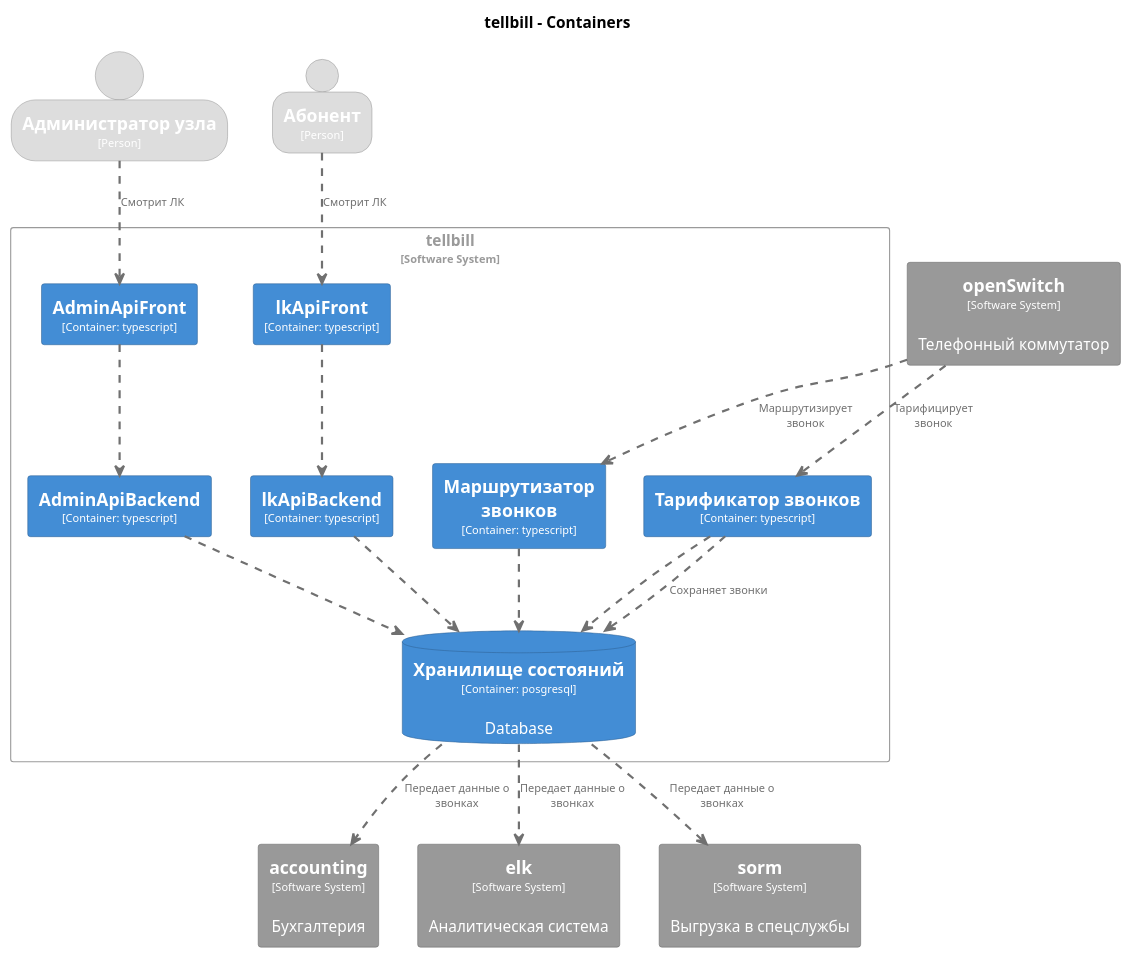
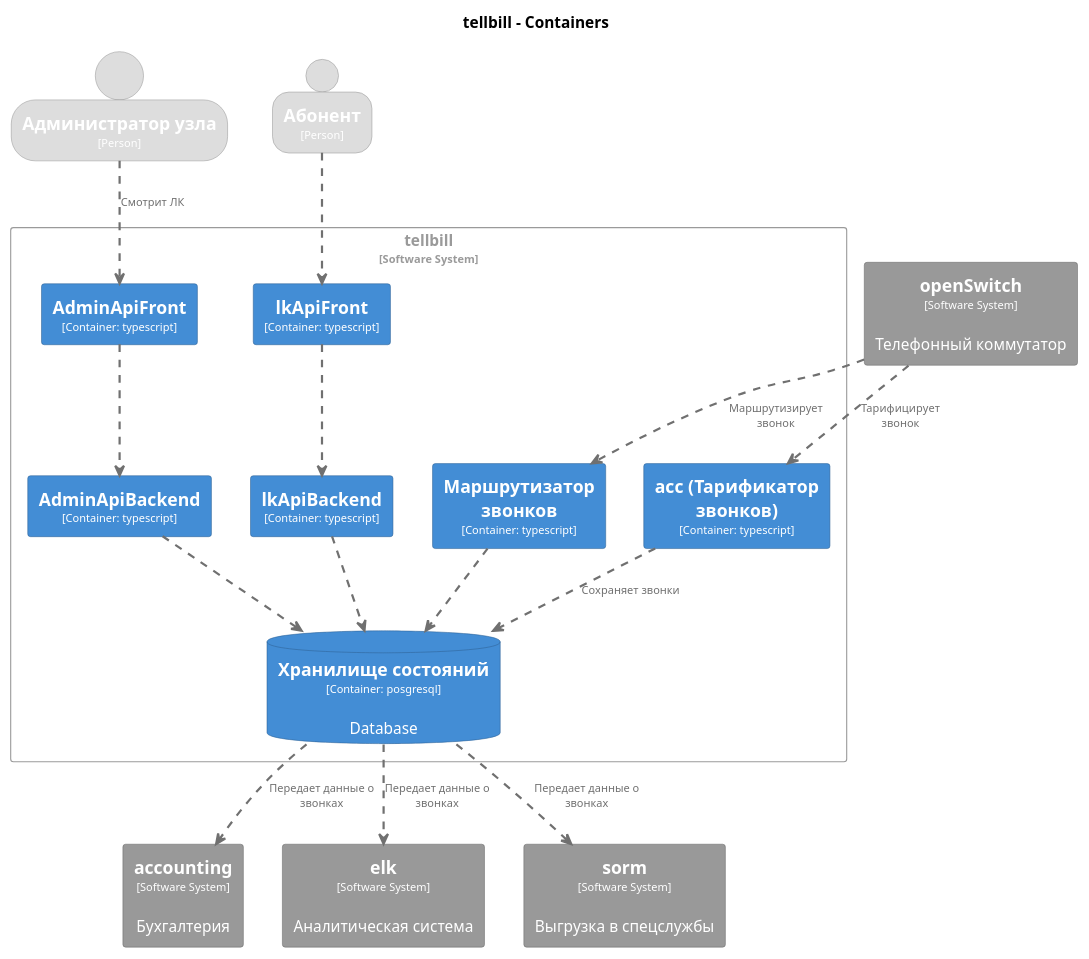
Before and after one commit to lfuuu/Diplom: the diagram in docs/c4-dsl/plantuml/structurizr-Containers.puml, drawn with PlantUML. The commit also changed 21 other files, not shown here.

```diff
--- a/docs/c4-dsl/plantuml/structurizr-Containers.puml
+++ b/docs/c4-dsl/plantuml/structurizr-Containers.puml
@@ -1,131 +1,130 @@
 @startuml
 set separator none
 title tellbill - Containers
 
 top to bottom direction
 
 skinparam {
   arrowFontSize 10
   defaultTextAlignment center
   wrapWidth 200
   maxMessageSize 100
 }
 
 hide stereotype
 
 skinparam rectangle<<tellbill.AdminApiBackend>> {
   BackgroundColor #438dd5
   FontColor #ffffff
   BorderColor #2e6295
   shadowing false
 }
 skinparam rectangle<<tellbill.AdminApiFront>> {
+  BackgroundColor #438dd5
+  FontColor #ffffff
+  BorderColor #2e6295
+  shadowing false
+}
+skinparam rectangle<<tellbill.accТарификаторзвонков>> {
   BackgroundColor #438dd5
   FontColor #ffffff
   BorderColor #2e6295
   shadowing false
 }
 skinparam rectangle<<accounting>> {
   BackgroundColor #999999
   FontColor #ffffff
   BorderColor #6b6b6b
   shadowing false
 }
 skinparam rectangle<<elk>> {
   BackgroundColor #999999
   FontColor #ffffff
   BorderColor #6b6b6b
   shadowing false
 }
 skinparam rectangle<<tellbill.lkApiBackend>> {
   BackgroundColor #438dd5
   FontColor #ffffff
   BorderColor #2e6295
   shadowing false
 }
 skinparam rectangle<<tellbill.lkApiFront>> {
   BackgroundColor #438dd5
   FontColor #ffffff
   BorderColor #2e6295
   shadowing false
 }
 skinparam rectangle<<openSwitch>> {
   BackgroundColor #999999
   FontColor #ffffff
   BorderColor #6b6b6b
   shadowing false
 }
 skinparam rectangle<<sorm>> {
   BackgroundColor #999999
   FontColor #ffffff
   BorderColor #6b6b6b
   shadowing false
 }
 skinparam person<<Абонент>> {
   BackgroundColor #dddddd
   FontColor #ffffff
   BorderColor #9a9a9a
   shadowing false
 }
 skinparam person<<Администраторузла>> {
   BackgroundColor #dddddd
   FontColor #ffffff
   BorderColor #9a9a9a
   shadowing false
 }
 skinparam rectangle<<tellbill.Маршрутизаторзвонков>> {
   BackgroundColor #438dd5
   FontColor #ffffff
   BorderColor #2e6295
   shadowing false
 }
-skinparam rectangle<<tellbill.Тарификаторзвонков>> {
-  BackgroundColor #438dd5
-  FontColor #ffffff
-  BorderColor #2e6295
-  shadowing false
-}
 skinparam database<<tellbill.Хранилищесостояний>> {
   BackgroundColor #438dd5
   FontColor #ffffff
   BorderColor #2e6295
   shadowing false
 }
 skinparam rectangle<<tellbill>> {
   BorderColor #9a9a9a
   FontColor #9a9a9a
   shadowing false
 }
 
 person "==Администратор узла\n<size:10>[Person]</size>" <<Администраторузла>> as Администраторузла
 person "==Абонент\n<size:10>[Person]</size>" <<Абонент>> as Абонент
 rectangle "==openSwitch\n<size:10>[Software System]</size>\n\nТелефонный коммутатор" <<openSwitch>> as openSwitch
 rectangle "==accounting\n<size:10>[Software System]</size>\n\nБухгалтерия" <<accounting>> as accounting
 rectangle "==elk\n<size:10>[Software System]</size>\n\nАналитическая система" <<elk>> as elk
 rectangle "==sorm\n<size:10>[Software System]</size>\n\nВыгрузка в спецслужбы" <<sorm>> as sorm
 
 rectangle "tellbill\n<size:10>[Software System]</size>" <<tellbill>> {
   rectangle "==Маршрутизатор звонков\n<size:10>[Container: typescript]</size>" <<tellbill.Маршрутизаторзвонков>> as tellbill.Маршрутизаторзвонков
   database "==Хранилище состояний\n<size:10>[Container: posgresql]</size>\n\nDatabase" <<tellbill.Хранилищесостояний>> as tellbill.Хранилищесостояний
   rectangle "==lkApiBackend\n<size:10>[Container: typescript]</size>" <<tellbill.lkApiBackend>> as tellbill.lkApiBackend
   rectangle "==lkApiFront\n<size:10>[Container: typescript]</size>" <<tellbill.lkApiFront>> as tellbill.lkApiFront
   rectangle "==AdminApiBackend\n<size:10>[Container: typescript]</size>" <<tellbill.AdminApiBackend>> as tellbill.AdminApiBackend
   rectangle "==AdminApiFront\n<size:10>[Container: typescript]</size>" <<tellbill.AdminApiFront>> as tellbill.AdminApiFront
-  rectangle "==Тарификатор звонков\n<size:10>[Container: typescript]</size>" <<tellbill.Тарификаторзвонков>> as tellbill.Тарификаторзвонков
+  rectangle "==acc (Тарификатор звонков)\n<size:10>[Container: typescript]</size>" <<tellbill.accТарификаторзвонков>> as tellbill.accТарификаторзвонков
 }
 
-tellbill.Тарификаторзвонков .[#707070,thickness=2].> tellbill.Хранилищесостояний : "<color:#707070>Сохраняет звонки"
-tellbill.Тарификаторзвонков .[#707070,thickness=2].> tellbill.Хранилищесостояний : "<color:#707070>"
+tellbill.lkApiFront .[#707070,thickness=2].> tellbill.lkApiBackend : "<color:#707070>"
+tellbill.AdminApiFront .[#707070,thickness=2].> tellbill.AdminApiBackend : "<color:#707070>"
+tellbill.accТарификаторзвонков .[#707070,thickness=2].> tellbill.Хранилищесостояний : "<color:#707070>Сохраняет звонки"
 tellbill.Маршрутизаторзвонков .[#707070,thickness=2].> tellbill.Хранилищесостояний : "<color:#707070>"
 tellbill.Хранилищесостояний .[#707070,thickness=2].> elk : "<color:#707070>Передает данные о звонках"
 tellbill.Хранилищесостояний .[#707070,thickness=2].> sorm : "<color:#707070>Передает данные о звонках"
 tellbill.Хранилищесостояний .[#707070,thickness=2].> accounting : "<color:#707070>Передает данные о звонках"
-tellbill.lkApiFront .[#707070,thickness=2].> tellbill.lkApiBackend : "<color:#707070>"
-tellbill.AdminApiFront .[#707070,thickness=2].> tellbill.AdminApiBackend : "<color:#707070>"
 tellbill.lkApiBackend .[#707070,thickness=2].> tellbill.Хранилищесостояний : "<color:#707070>"
 tellbill.AdminApiBackend .[#707070,thickness=2].> tellbill.Хранилищесостояний : "<color:#707070>"
-openSwitch .[#707070,thickness=2].> tellbill.Тарификаторзвонков : "<color:#707070>Тарифицирует звонок"
+Абонент .[#707070,thickness=2].> tellbill.lkApiFront : "<color:#707070>"
+openSwitch .[#707070,thickness=2].> tellbill.accТарификаторзвонков : "<color:#707070>Тарифицирует звонок"
 openSwitch .[#707070,thickness=2].> tellbill.Маршрутизаторзвонков : "<color:#707070>Маршрутизирует звонок"
-Абонент .[#707070,thickness=2].> tellbill.lkApiFront : "<color:#707070>Смотрит ЛК"
 Администраторузла .[#707070,thickness=2].> tellbill.AdminApiFront : "<color:#707070>Смотрит ЛК"
 @enduml
```
